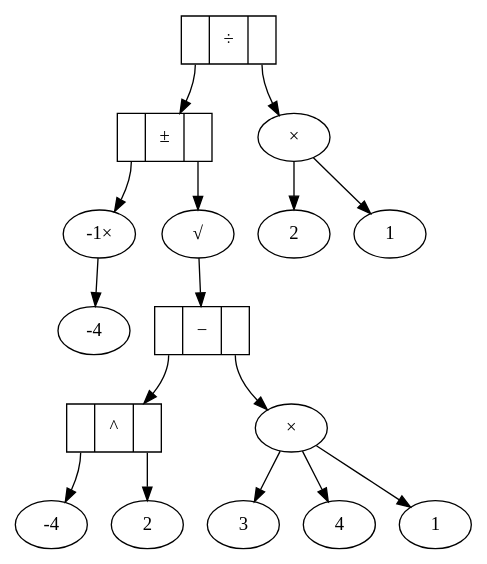
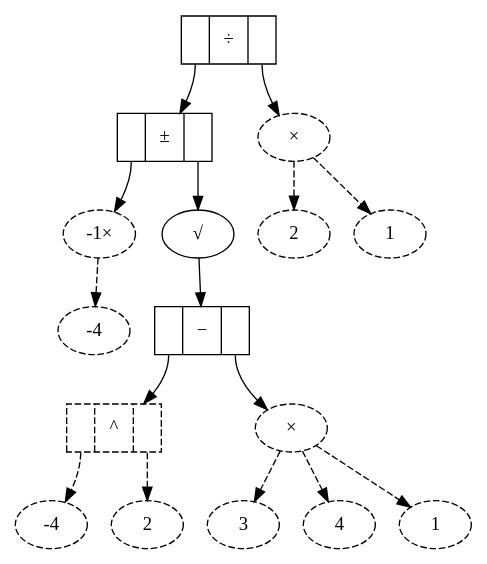
Before and after one commit to CousinoMath/blog: the diagram in Arith_on_Trees/quadratic/instQuadForm1.gv, drawn with Graphviz. The commit also changed 42 other files, not shown here.

```diff
--- a/Arith_on_Trees/quadratic/instQuadForm1.gv
+++ b/Arith_on_Trees/quadratic/instQuadForm1.gv
@@ -1,27 +1,26 @@
 strict digraph instQuadForm1 {
-uminus [label="-1&times;"];
+uminus [label="-1&times;", style=dashed];
 pm [shape=record,label="<0>|&plusmn;|<1>"];
 sqrt [label="&radic;"];
 minus [shape=record, label="<0>|&minus;|<1>"];
-four [label="4"];
-mult1 [label="&times;"];
+mult1, mult2 [label="&times;", style=dashed];
 div [shape=record,label="<0>|&divide;|<1>"];
-two1, two2 [label="2"];
-mult2 [label="&times;"];
-pow [shape=record, label="<pow0> | ^ | <pow1>"];
-b1, b2 [label="-4"];
-a1, a2 [label="1"];
-c [label="3"];
+pow [shape=record, label="<0> | ^ | <1>", style=dashed];
+four [label="4", style=dashed];
+two1, two2 [label="2", style=dashed];
+b1, b2 [label="-4", style=dashed];
+a1, a2 [label="1", style=dashed];
+c [label="3", style=dashed];
+
 div:0 -> pm;
 div:1 -> mult2;
 pm:0 -> uminus;
-pm:1 -> sqrt;
-uminus -> b1;
-sqrt -> minus;
+pm:1 -> sqrt -> minus;
+uminus -> b1 [style=dashed];
 minus:0 -> pow;
 minus:1 -> mult1;
-pow:pow0 -> b2;
-pow:pow1 -> two1;
-mult1 -> {four, a1, c};
-mult2 -> {two2, a2};
+pow:0 -> b2 [style=dashed];
+pow:1 -> two1 [style=dashed];
+mult1 -> {four, a1, c} [style=dashed];
+mult2 -> {two2, a2} [style=dashed];
 }
```
